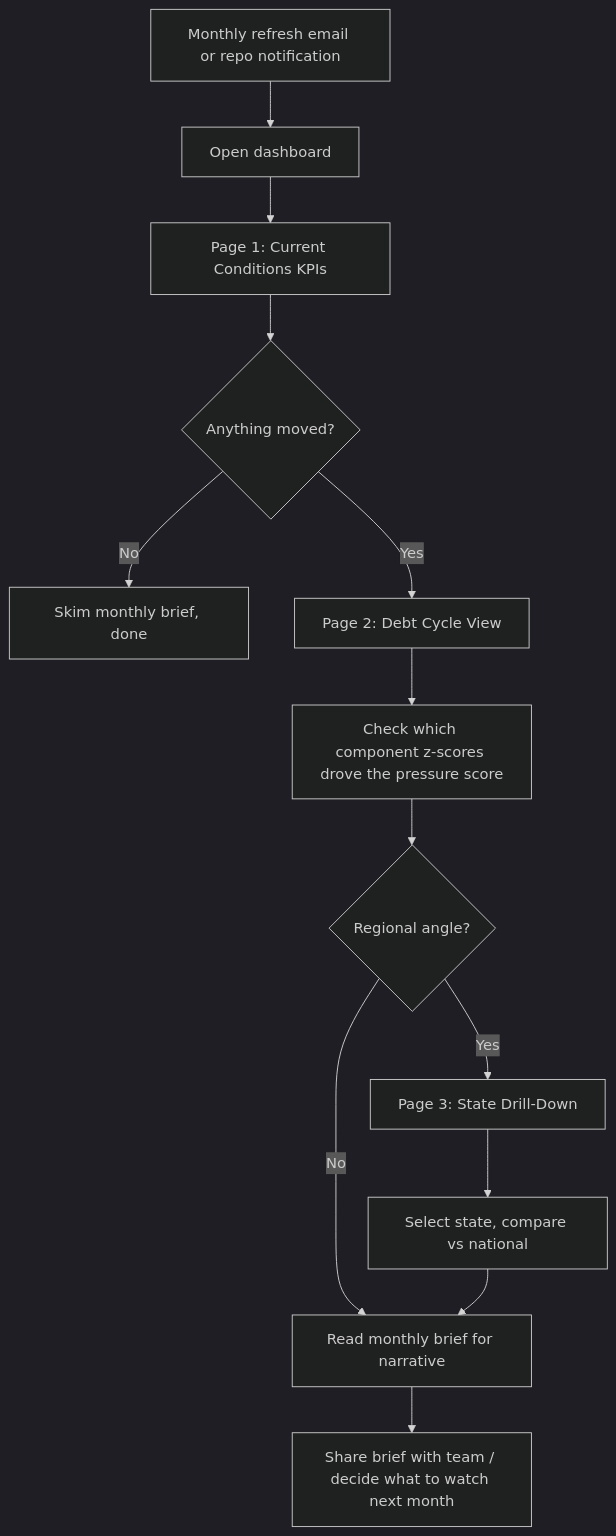
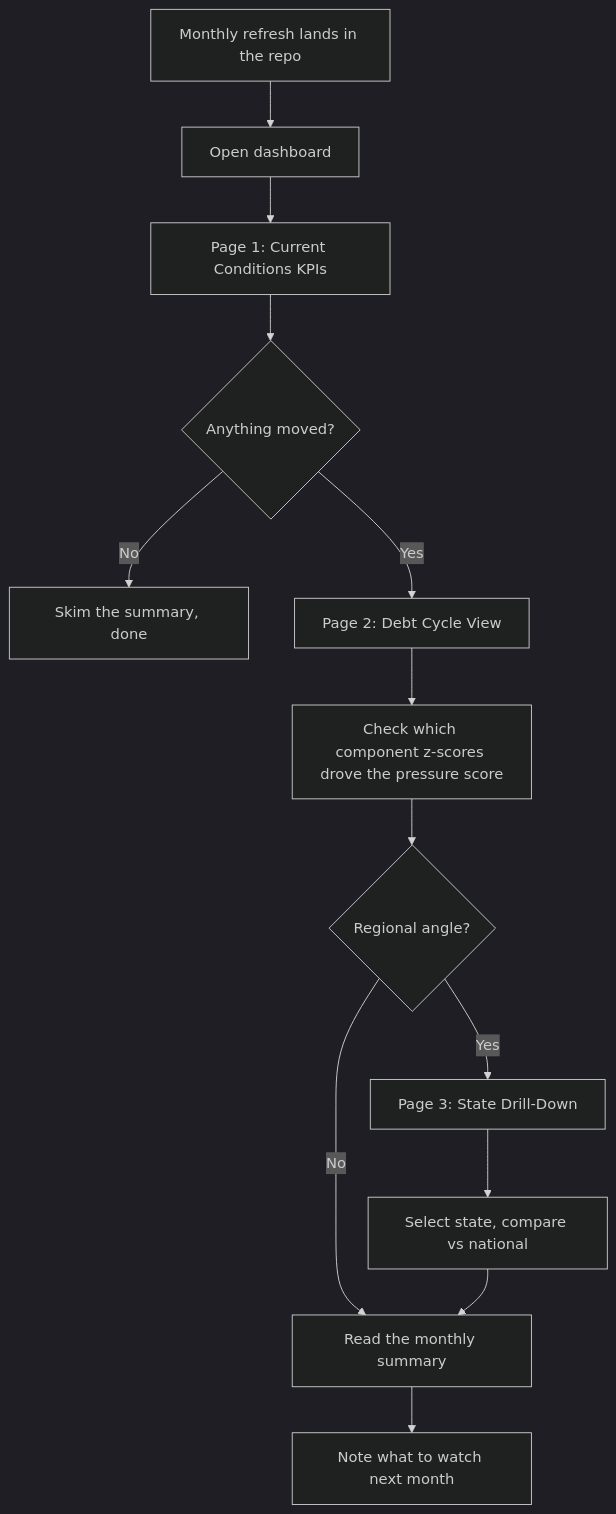
The first of 2 diagrams in docs/user-flow.md (hworku24/debt-cycle-bi), drawn with Mermaid (dark theme) before and after one commit. The commit also changed other lines of this file and 10 other files, not shown here.

````diff
--- a/docs/user-flow.md
+++ b/docs/user-flow.md
@@ -7,15 +7,15 @@
 ```mermaid
 flowchart TD
-    A[Monthly refresh email or repo notification] --> B[Open dashboard]
+    A[Monthly refresh lands in the repo] --> B[Open dashboard]
     B --> C[Page 1: Current Conditions KPIs]
     C --> D{Anything moved?}
-    D -- No --> E[Skim monthly brief, done]
+    D -- No --> E[Skim the summary, done]
     D -- Yes --> F[Page 2: Debt Cycle View]
     F --> G[Check which component z-scores drove the pressure score]
     G --> H{Regional angle?}
     H -- Yes --> I[Page 3: State Drill-Down]
     I --> J[Select state, compare vs national]
-    H -- No --> K[Read monthly brief for narrative]
+    H -- No --> K[Read the monthly summary]
     J --> K
-    K --> L[Share brief with team / decide what to watch next month]
+    K --> L[Note what to watch next month]
 ```
````
